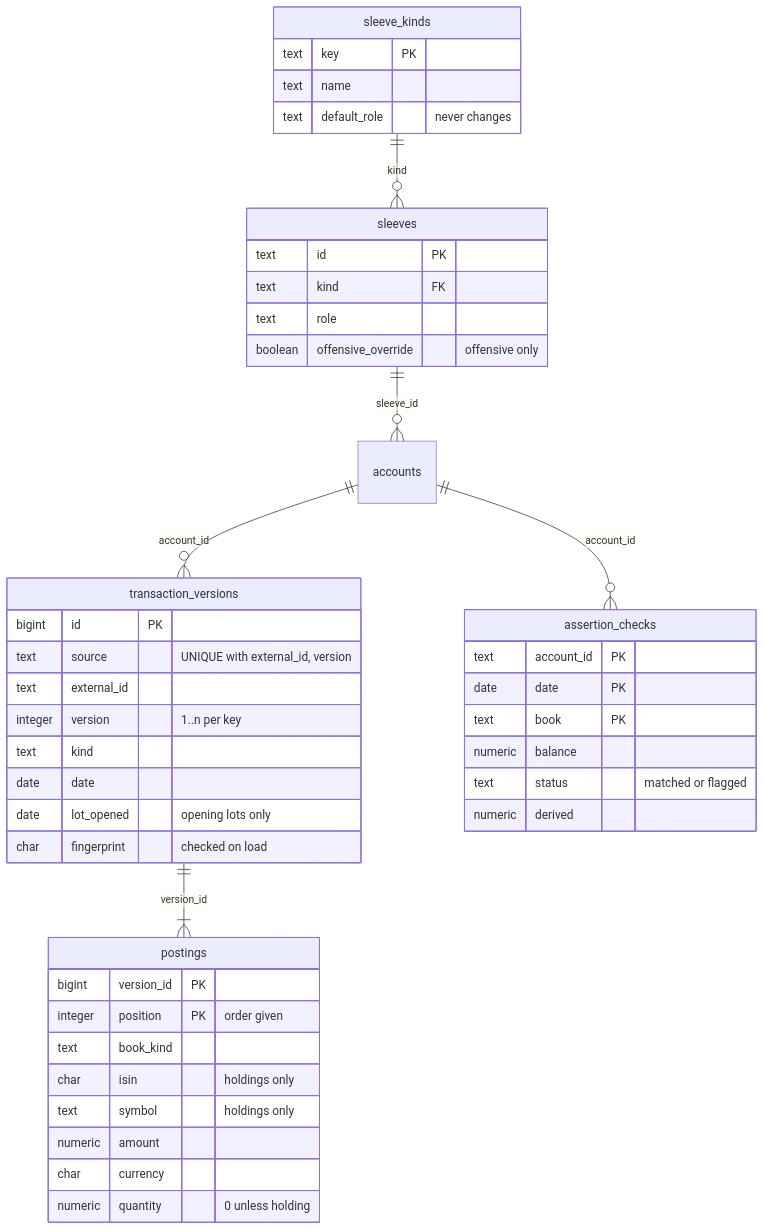
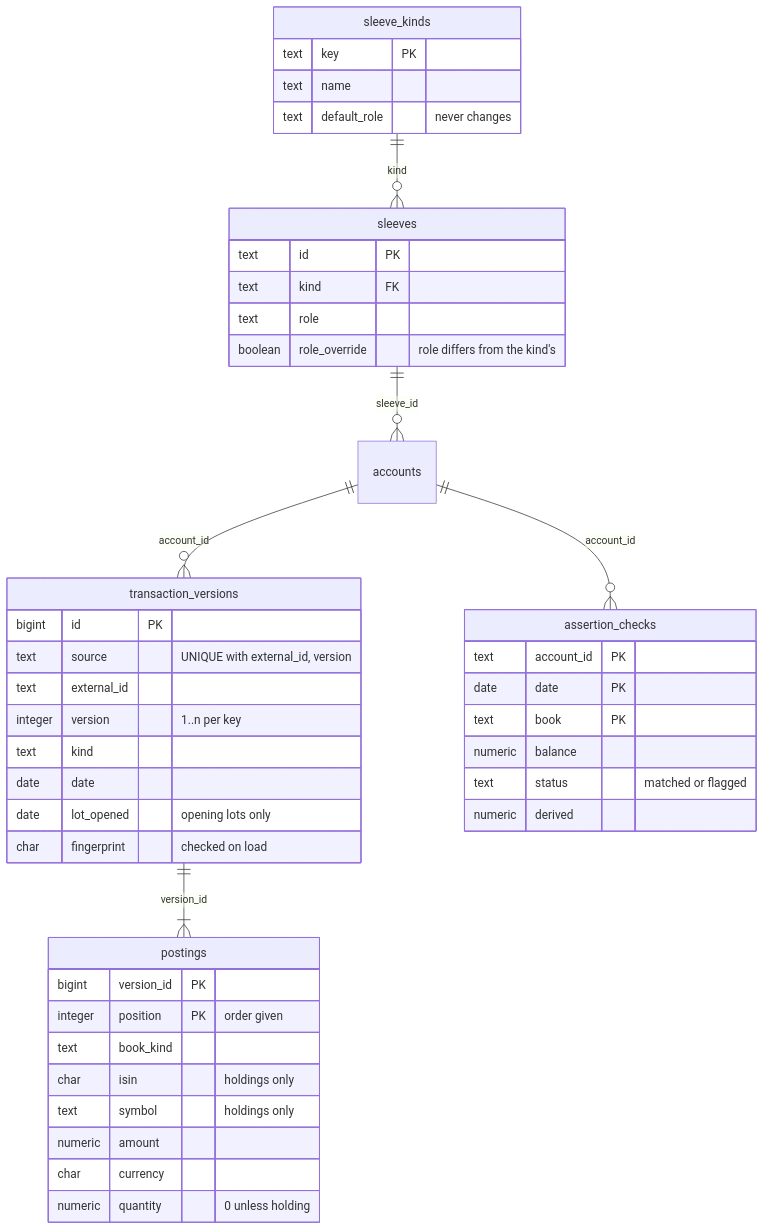
One commit to arkadiuss/openfief changed the fourth of 4 diagrams in docs/concepts/ledger.md. Above: the diagram before and after it, drawn with Mermaid. The commit also changed other lines of this file and 171 other files, not shown here.

````diff
--- a/docs/concepts/ledger.md
+++ b/docs/concepts/ledger.md
@@ -183,47 +183,47 @@
 ```mermaid
 erDiagram
   sleeve_kinds ||--o{ sleeves : "kind"
   sleeves ||--o{ accounts : "sleeve_id"
   accounts ||--o{ transaction_versions : "account_id"
   transaction_versions ||--|{ postings : "version_id"
   accounts ||--o{ assertion_checks : "account_id"
   sleeve_kinds {
     text key PK
     text name
     text default_role "never changes"
   }
   sleeves {
     text id PK
     text kind FK
     text role
-    boolean offensive_override "offensive only"
+    boolean role_override "role differs from the kind's"
   }
   transaction_versions {
     bigint id PK
     text source "UNIQUE with external_id, version"
     text external_id
     integer version "1..n per key"
     text kind
     date date
     date lot_opened "opening lots only"
     char fingerprint "checked on load"
   }
   postings {
     bigint version_id PK
     integer position PK "order given"
     text book_kind
     char isin "holdings only"
     text symbol "holdings only"
     numeric amount
     char currency
     numeric quantity "0 unless holding"
   }
   assertion_checks {
     text account_id PK
     date date PK
     text book PK
     numeric balance
     text status "matched or flagged"
     numeric derived
   }
 ```
````
